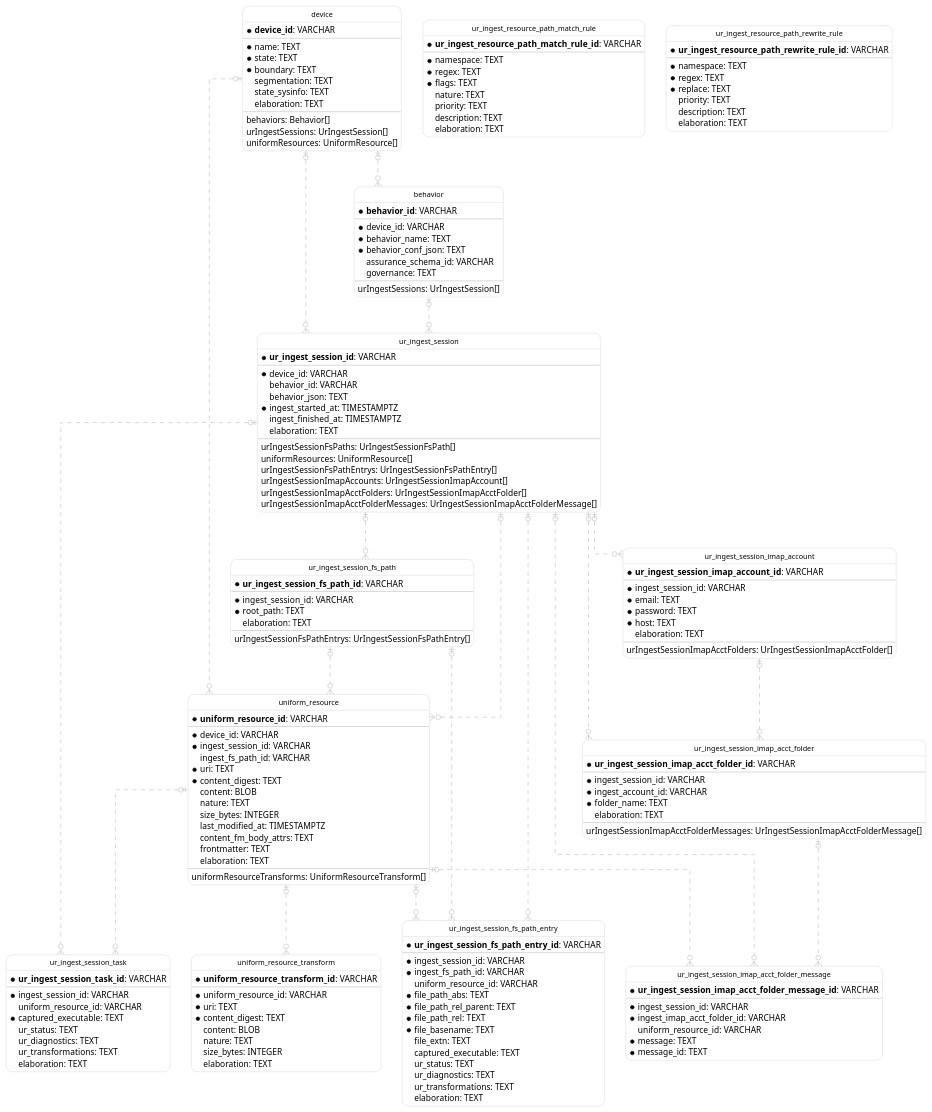
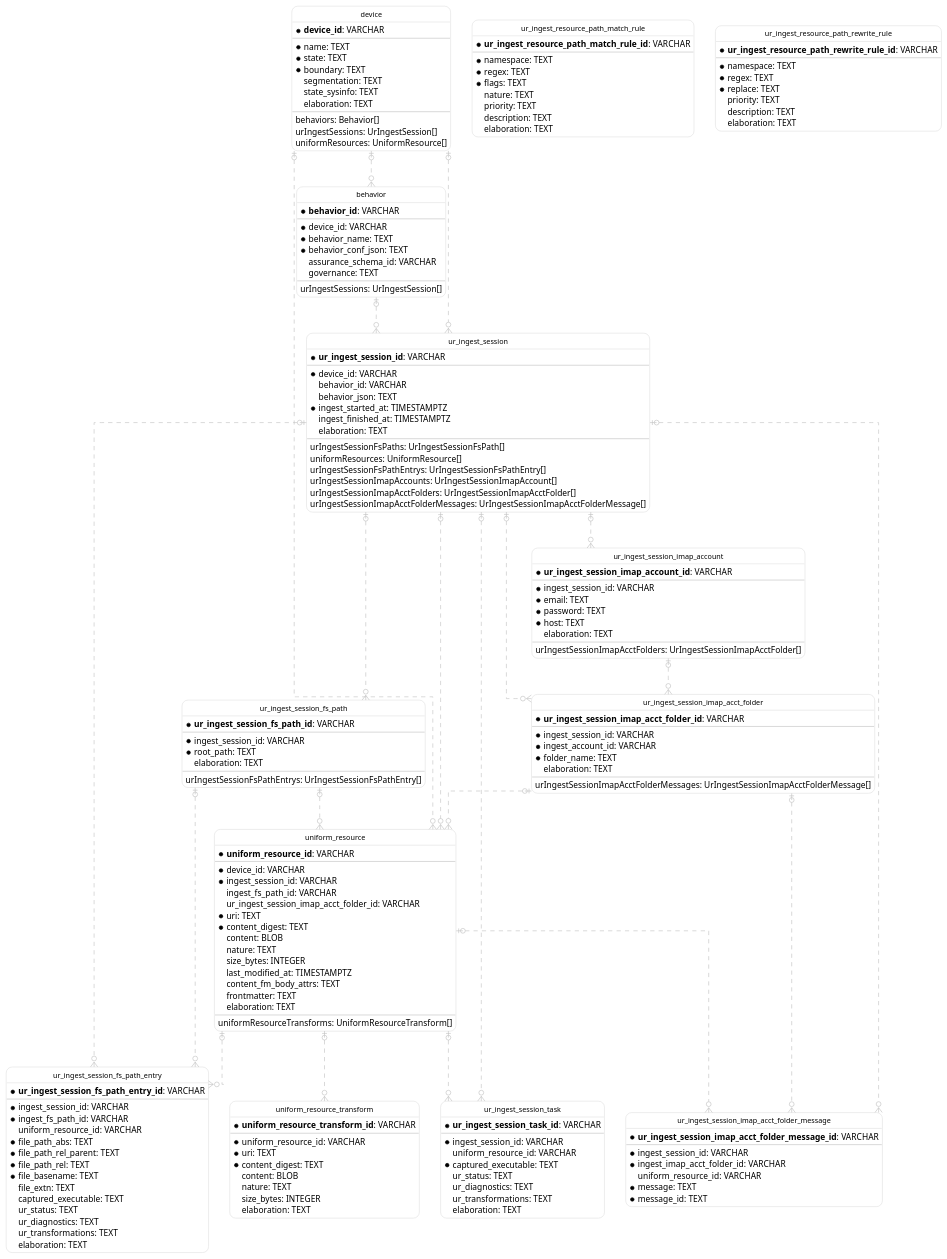
One commit to opsfolio/resource-surveillance changed the diagram in support/docs/surveilr-state.auto.puml. Above: the diagram before and after it, drawn with PlantUML. The commit also changed 6 other files, not shown here.

Commit message:
feat(app): added imap_folder_id to ur table

```diff
--- a/support/docs/surveilr-state.auto.puml
+++ b/support/docs/surveilr-state.auto.puml
@@ -94,6 +94,7 @@
     * device_id: VARCHAR
     * ingest_session_id: VARCHAR
       ingest_fs_path_id: VARCHAR
+      ur_ingest_session_imap_acct_folder_id: VARCHAR
     * uri: TEXT
     * content_digest: TEXT
       content: BLOB
@@ -189,6 +190,7 @@
   device |o..o{ uniform_resource
   ur_ingest_session |o..o{ uniform_resource
   ur_ingest_session_fs_path |o..o{ uniform_resource
+  ur_ingest_session_imap_acct_folder |o..o{ uniform_resource
   uniform_resource |o..o{ uniform_resource_transform
   ur_ingest_session |o..o{ ur_ingest_session_fs_path_entry
   ur_ingest_session_fs_path |o..o{ ur_ingest_session_fs_path_entry
```
